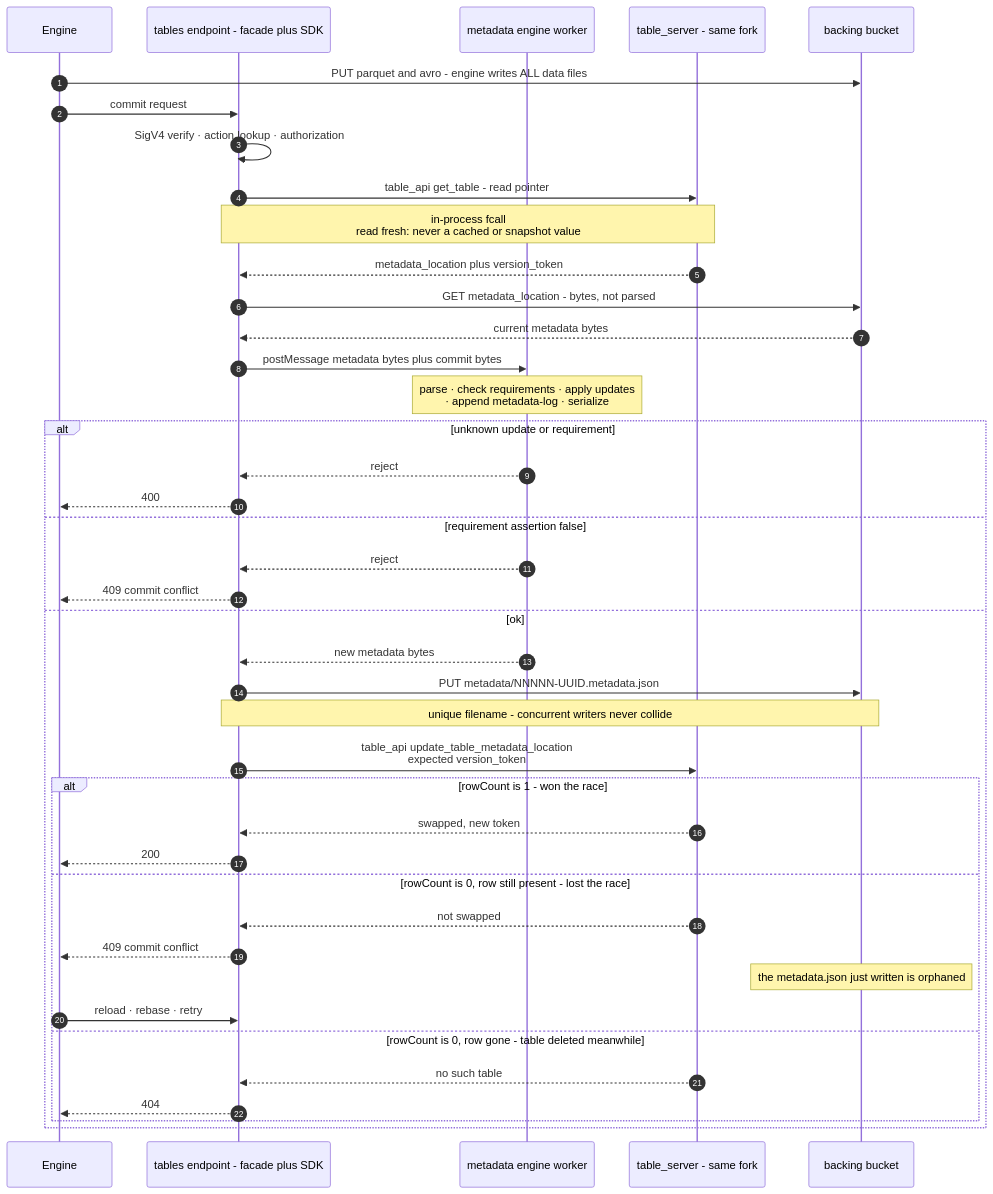
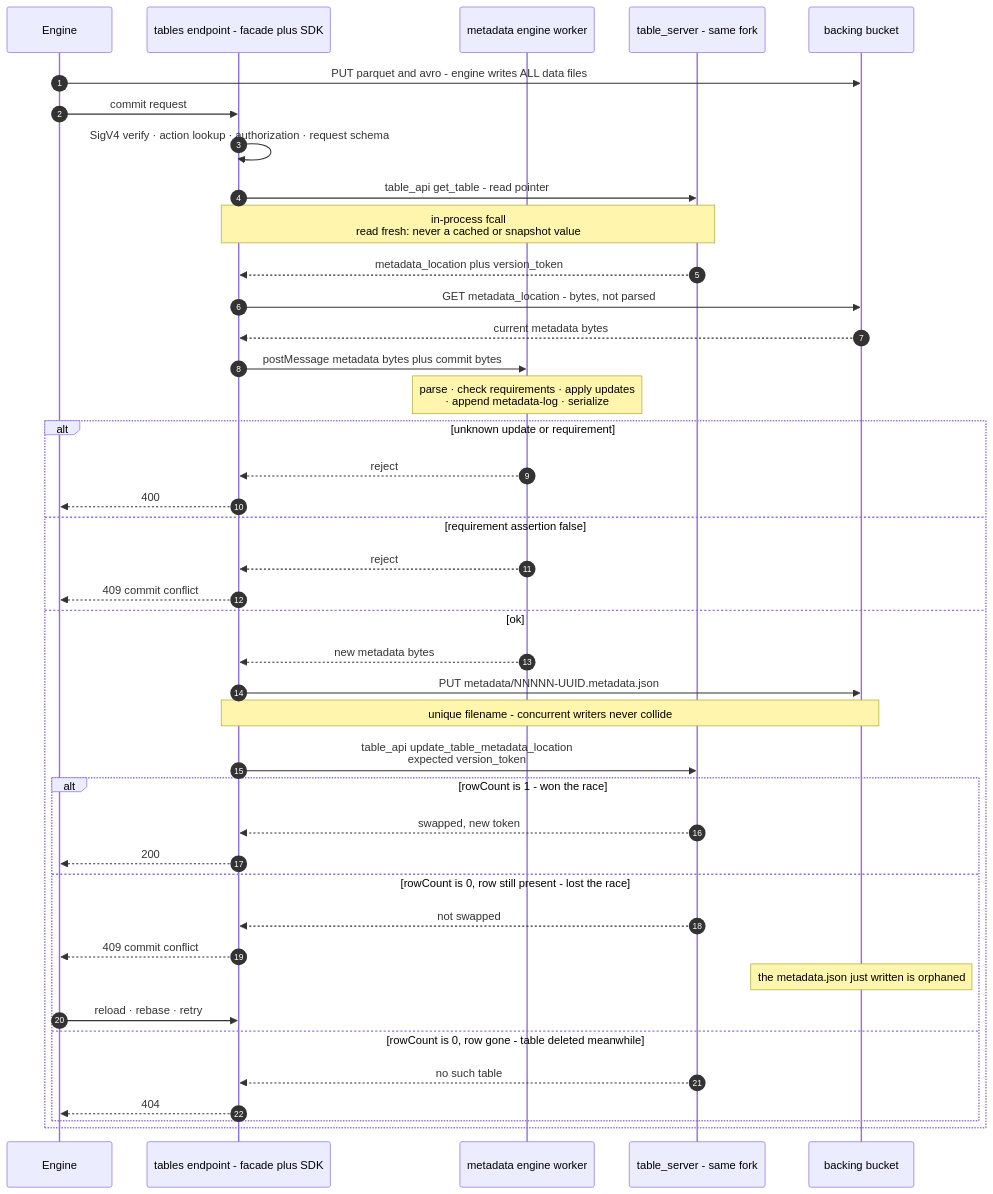
Before and after one commit to noobaa/noobaa-core: the third of 3 diagrams in docs/design/s3-tables/s3-tables-design.md, drawn with Mermaid. The commit also changed other lines of this file and 13 other files, not shown here.

````diff
--- a/docs/design/s3-tables/s3-tables-design.md
+++ b/docs/design/s3-tables/s3-tables-design.md
@@ -1772,44 +1875,44 @@
 ```mermaid
 sequenceDiagram
     autonumber
     participant E as Engine
     participant T as tables endpoint - facade plus SDK
     participant W as metadata engine worker
     participant C as table_server - same fork
     participant S3 as backing bucket
 
     E->>S3: PUT parquet and avro - engine writes ALL data files
     E->>T: commit request
-    T->>T: SigV4 verify · action lookup · authorization
+    T->>T: SigV4 verify · action lookup · authorization · request schema
     T->>C: table_api get_table - read pointer
     Note over T,C: in-process fcall<br/>read fresh: never a cached or snapshot value
     C-->>T: metadata_location plus version_token
     T->>S3: GET metadata_location - bytes, not parsed
     S3-->>T: current metadata bytes
     T->>W: postMessage metadata bytes plus commit bytes
     Note over W: parse · check requirements · apply updates<br/>· append metadata-log · serialize
     alt unknown update or requirement
         W-->>T: reject
         T-->>E: 400
     else requirement assertion false
         W-->>T: reject
         T-->>E: 409 commit conflict
     else ok
         W-->>T: new metadata bytes
         T->>S3: PUT metadata/NNNNN-UUID.metadata.json
         Note over T,S3: unique filename - concurrent writers never collide
         T->>C: table_api update_table_metadata_location<br/>expected version_token
         alt rowCount is 1 - won the race
             C-->>T: swapped, new token
             T-->>E: 200
         else rowCount is 0, row still present - lost the race
             C-->>T: not swapped
             T-->>E: 409 commit conflict
             Note over S3: the metadata.json just written is orphaned
             E->>T: reload · rebase · retry
         else rowCount is 0, row gone - table deleted meanwhile
             C-->>T: no such table
             T-->>E: 404
         end
     end
 ```
````
